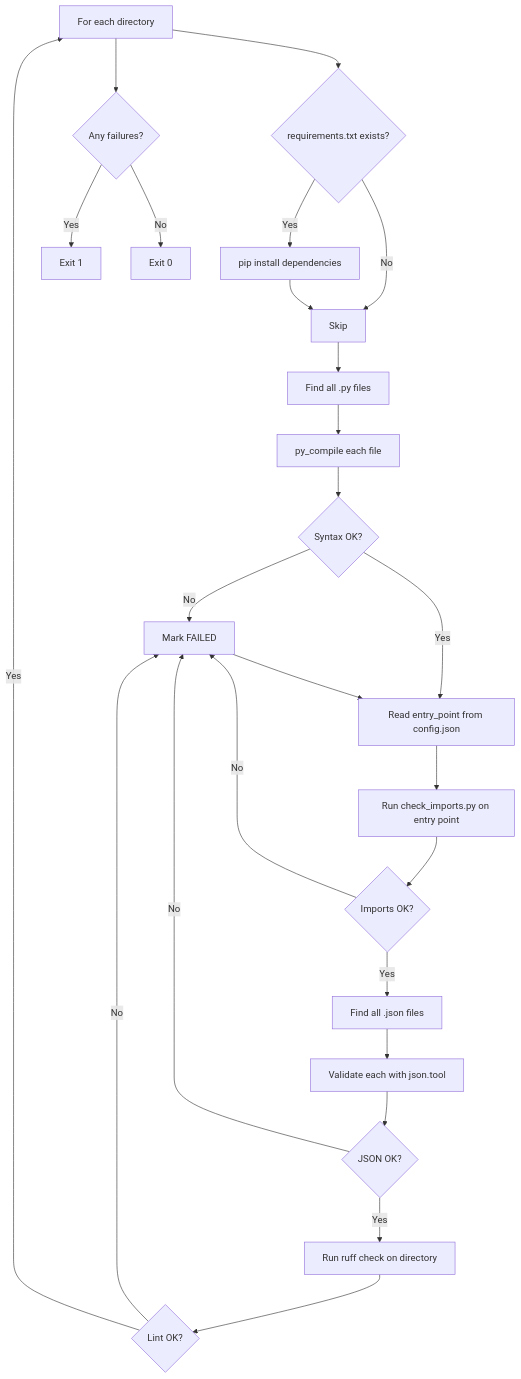
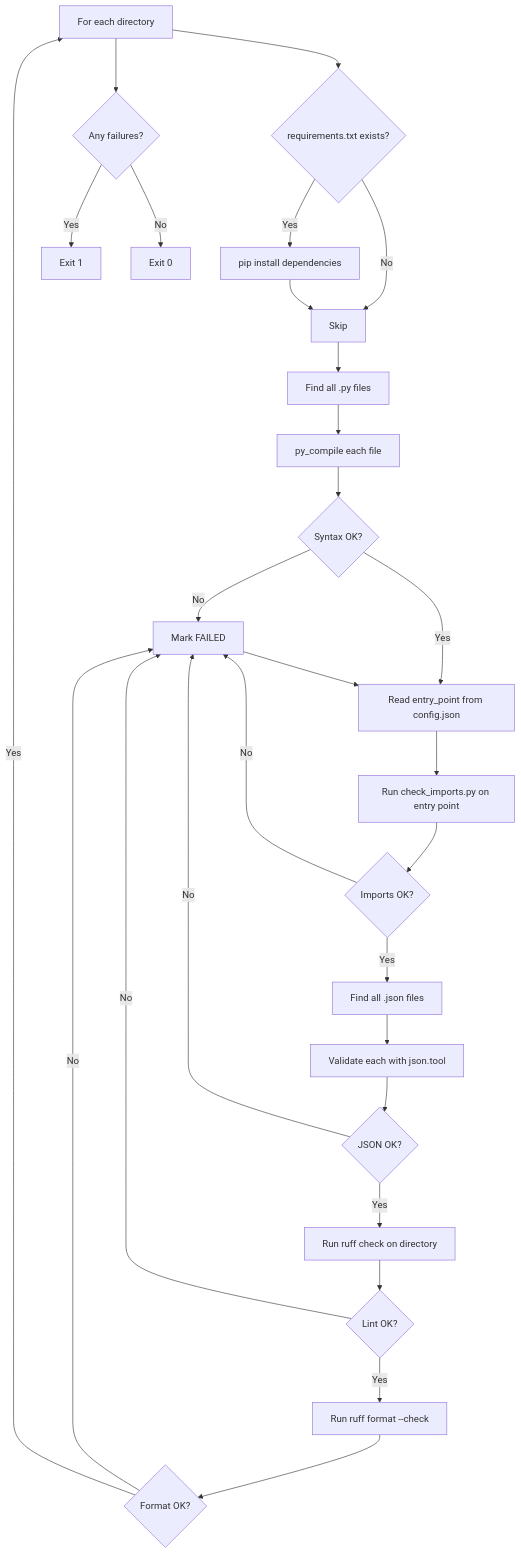
One commit to Autohive-AI/autohive-integrations-tooling changed the diagram in scripts/docs/check_code.md. Above: the diagram before and after it, drawn with Mermaid. The commit also changed other lines of this file and 1 other file, not shown here.

Commit message:
feat: add ruff format check to check_code.py

````diff
--- a/scripts/docs/check_code.md
+++ b/scripts/docs/check_code.md
@@ -143,27 +163,30 @@
 ```mermaid
 flowchart TD
     A[For each directory] --> B{requirements.txt exists?}
     B -->|Yes| C[pip install dependencies]
     B -->|No| D[Skip]
     C --> D
     D --> E[Find all .py files]
     E --> F[py_compile each file]
     F --> G{Syntax OK?}
     G -->|No| H[Mark FAILED]
     G -->|Yes| I[Read entry_point from config.json]
     H --> I
     I --> J[Run check_imports.py on entry point]
     J --> K{Imports OK?}
     K -->|No| H
     K -->|Yes| L[Find all .json files]
     L --> M[Validate each with json.tool]
     M --> N{JSON OK?}
     N -->|No| H
     N -->|Yes| R[Run ruff check on directory]
     R --> S{Lint OK?}
     S -->|No| H
-    S -->|Yes| A
+    S -->|Yes| T[Run ruff format --check]
+    T --> U{Format OK?}
+    U -->|No| H
+    U -->|Yes| A
     A --> O{Any failures?}
     O -->|Yes| P[Exit 1]
     O -->|No| Q[Exit 0]
 ```
````
